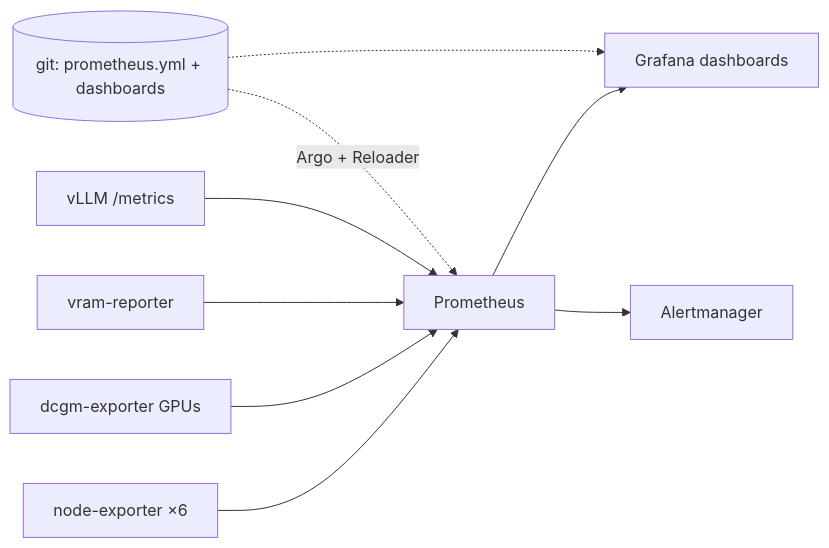
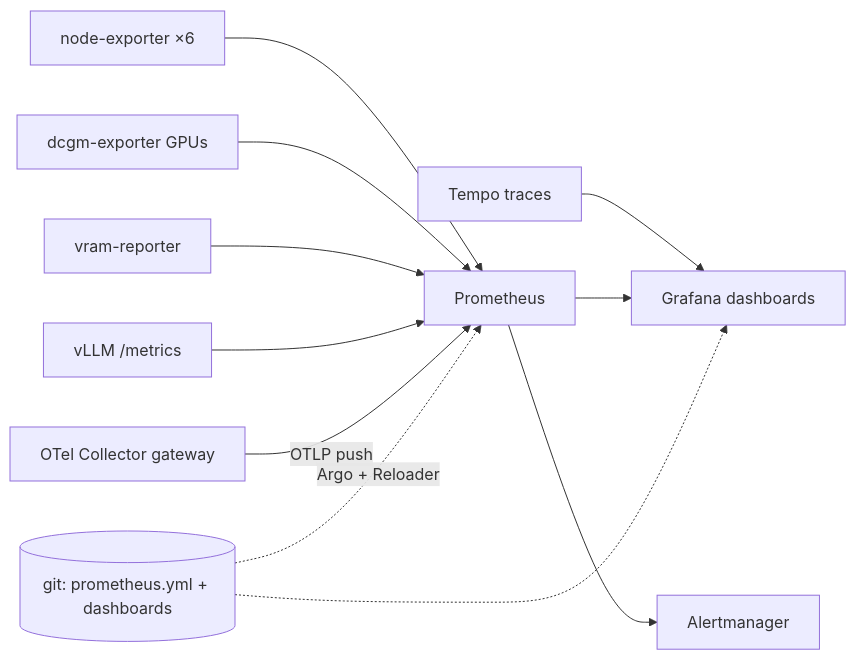
Before and after one commit to briancaffey/home-lab: the diagram in docs-site/docs/observability/prometheus-grafana.md, drawn with Mermaid. The commit also changed other lines of this file and 16 other files, not shown here.

````diff
--- a/docs-site/docs/observability/prometheus-grafana.md
+++ b/docs-site/docs/observability/prometheus-grafana.md
@@ -29,11 +31,13 @@
 ```mermaid
 flowchart LR
     NE[node-exporter ×6] --> P[Prometheus]
     DC[dcgm-exporter GPUs] --> P
     VR[vram-reporter] --> P
     VL[vLLM /metrics] --> P
+    OC[OTel Collector gateway] -->|OTLP push| P
+    TP[Tempo traces] --> G
     P --> G[Grafana dashboards]
     P --> AM[Alertmanager]
     GIT[(git: prometheus.yml + dashboards)] -.Argo + Reloader.-> P
     GIT -.-> G
 ```
````
